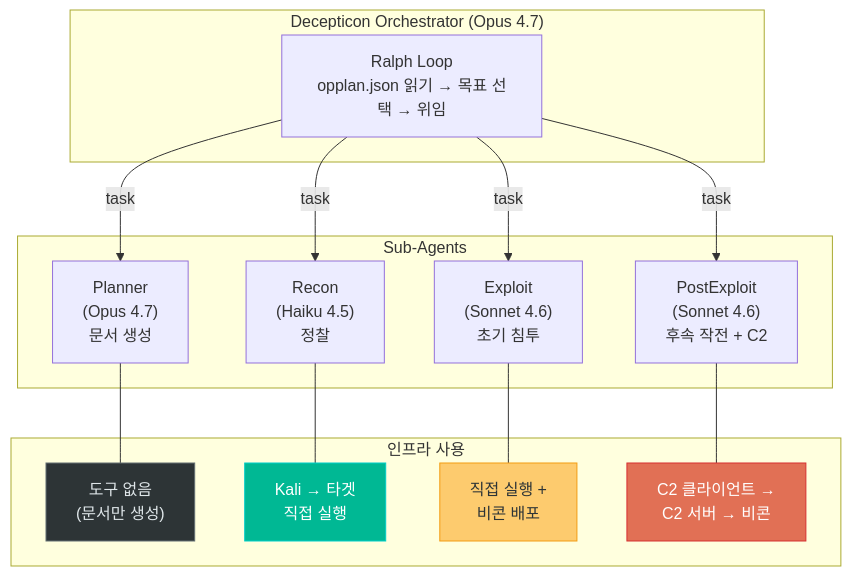
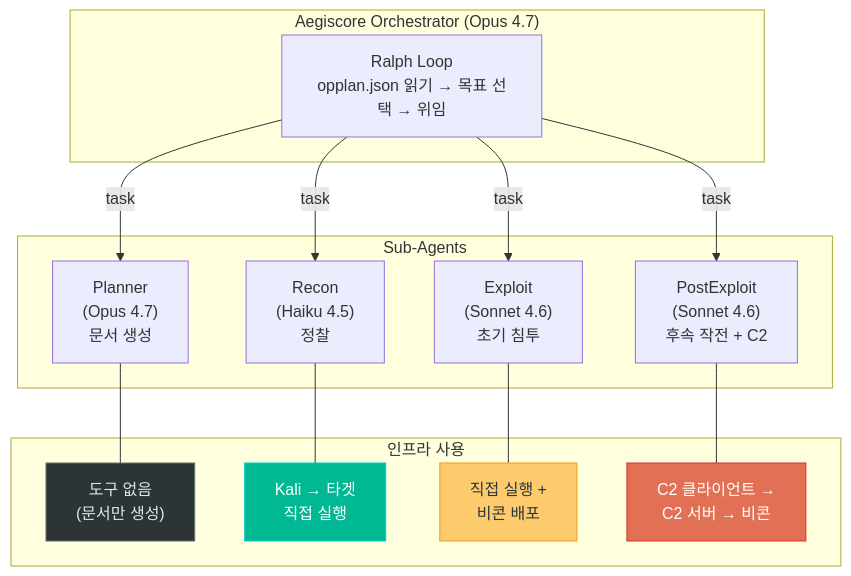
Before and after one commit to karishmaram-tech/AegisCore: the fifth of 12 diagrams in docs/architecture/red-team-infrastructure.md, drawn with Mermaid. The commit also changed other lines of this file and 236 other files, not shown here.

````diff
--- a/docs/architecture/red-team-infrastructure.md
+++ b/docs/architecture/red-team-infrastructure.md
@@ -251,35 +251,35 @@
 ```mermaid
 graph TD
-    subgraph Orchestrator["Decepticon Orchestrator (Opus 4.7)"]
+    subgraph Orchestrator["Aegiscore Orchestrator (Opus 4.7)"]
         RALPH["Ralph Loop<br/>opplan.json 읽기 → 목표 선택 → 위임"]
     end
 
     subgraph Agents["Sub-Agents"]
         PLAN["Planner<br/>(Opus 4.7)<br/>문서 생성"]
         RECON["Recon<br/>(Haiku 4.5)<br/>정찰"]
         EXPLOIT["Exploit<br/>(Sonnet 4.6)<br/>초기 침투"]
         POST["PostExploit<br/>(Sonnet 4.6)<br/>후속 작전 + C2"]
     end
 
     RALPH -->|task| PLAN
     RALPH -->|task| RECON
     RALPH -->|task| EXPLOIT
     RALPH -->|task| POST
 
     subgraph Infra["인프라 사용"]
         NONE["도구 없음<br/>(문서만 생성)"]
         DIRECT["Kali → 타겟<br/>직접 실행"]
         HYBRID["직접 실행 +<br/>비콘 배포"]
         BEACON["C2 클라이언트 →<br/>C2 서버 → 비콘"]
     end
 
     PLAN --- NONE
     RECON --- DIRECT
     EXPLOIT --- HYBRID
     POST --- BEACON
 
     style NONE fill:#2d3436,stroke:#636e72,color:#dfe6e9
     style DIRECT fill:#00b894,stroke:#00cec9,color:#fff
     style HYBRID fill:#fdcb6e,stroke:#f39c12,color:#2d3436
     style BEACON fill:#e17055,stroke:#d63031,color:#fff
 ```
````
